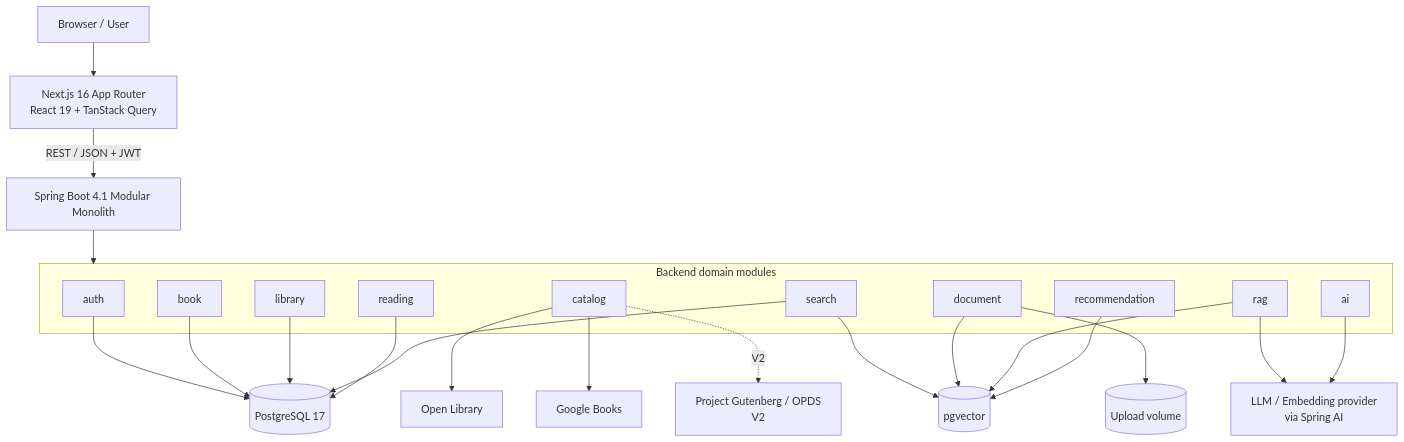
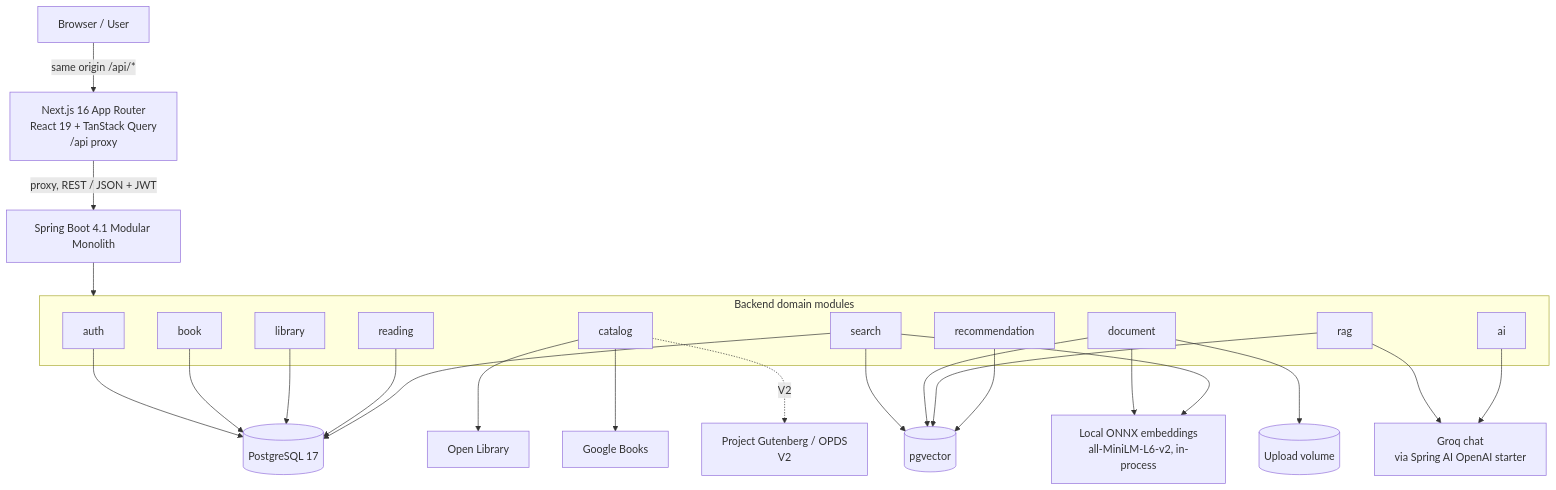
The first of 4 diagrams in docs/02-architecture.md (mathfrancisco/ai-library-plataform-mvp), drawn with Mermaid before and after one commit. The commit also changed other lines of this file and 6 other files, not shown here.

First line of the commit message:
docs: README, env example, architecture, domain model and API contract (SPEC-07)

````diff
--- a/docs/02-architecture.md
+++ b/docs/02-architecture.md
@@ -5,46 +5,49 @@
 ```mermaid
 flowchart TB
   U[Browser / User]
-  FE[Next.js 16 App Router\nReact 19 + TanStack Query]
+  FE[Next.js 16 App Router\nReact 19 + TanStack Query\n/api proxy]
   API[Spring Boot 4.1 Modular Monolith]
 
   subgraph Modules[Backend domain modules]
     AUTH[auth]
     BOOK[book]
     CAT[catalog]
     LIB[library]
     READ[reading]
     SEARCH[search]
     DOC[document]
     RAG[rag]
     AI[ai]
     REC[recommendation]
   end
 
   DB[(PostgreSQL 17)]
   VEC[(pgvector)]
   FS[(Upload volume)]
   OL[Open Library]
   GB[Google Books]
   PG[Project Gutenberg / OPDS\nV2]
-  LLM[LLM / Embedding provider\nvia Spring AI]
+  LLM[Groq chat\nvia Spring AI OpenAI starter]
+  EMB[Local ONNX embeddings\nall-MiniLM-L6-v2, in-process]
 
-  U --> FE
-  FE -->|REST / JSON + JWT| API
+  U -->|same origin /api/*| FE
+  FE -->|proxy, REST / JSON + JWT| API
   API --> Modules
   AUTH --> DB
   BOOK --> DB
   LIB --> DB
   READ --> DB
   SEARCH --> DB
   SEARCH --> VEC
   DOC --> FS
   DOC --> VEC
+  DOC --> EMB
+  SEARCH --> EMB
   RAG --> VEC
   RAG --> LLM
   AI --> LLM
   REC --> VEC
   CAT --> OL
   CAT --> GB
   CAT -. V2 .-> PG
 ```
````
